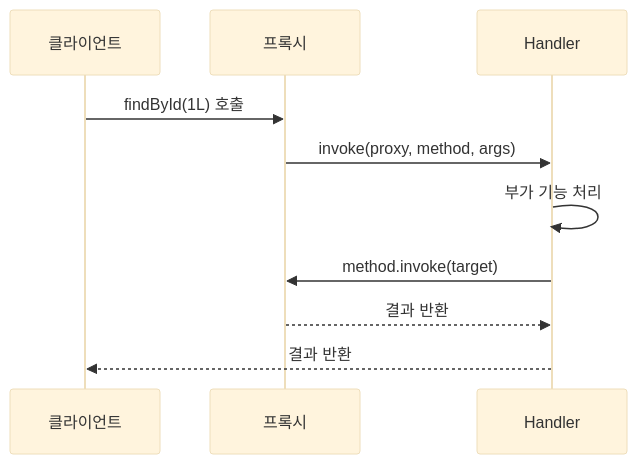
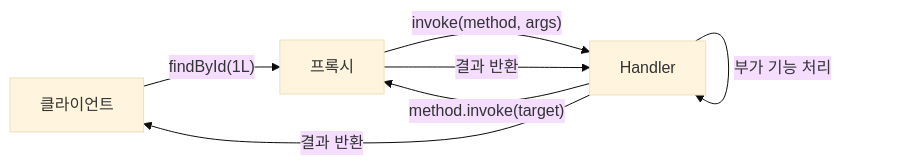
One commit to yjkim2015/yjkim2015.github.io changed the third of 4 diagrams in _posts/java/2026-05-01-java-reflection.md. Above: the diagram before and after it, drawn with Mermaid (base theme). The commit also changed 32 other files, not shown here.

First line of the commit message:
sequenceDiagram 82개 → graph LR 변환 완료

````diff
--- a/_posts/java/2026-05-01-java-reflection.md
+++ b/_posts/java/2026-05-01-java-reflection.md
@@ -753,12 +753,9 @@
 ```mermaid
-sequenceDiagram
-    participant C as 클라이언트
-    participant P as 프록시
-    participant H as Handler
-    C->>P: findById(1L) 호출
-    P->>H: invoke(proxy, method, args)
-    H->>H: 부가 기능 처리
-    H->>P: method.invoke(target)
-    P-->>H: 결과 반환
-    H-->>C: 결과 반환
+graph LR
+    C["클라이언트"] -->|"findById(1L)"| P["프록시"]
+    P -->|"invoke(method, args)"| H["Handler"]
+    H -->|"부가 기능 처리"| H
+    H -->|"method.invoke(target)"| P
+    P -->|"결과 반환"| H
+    H -->|"결과 반환"| C
 ```
````
